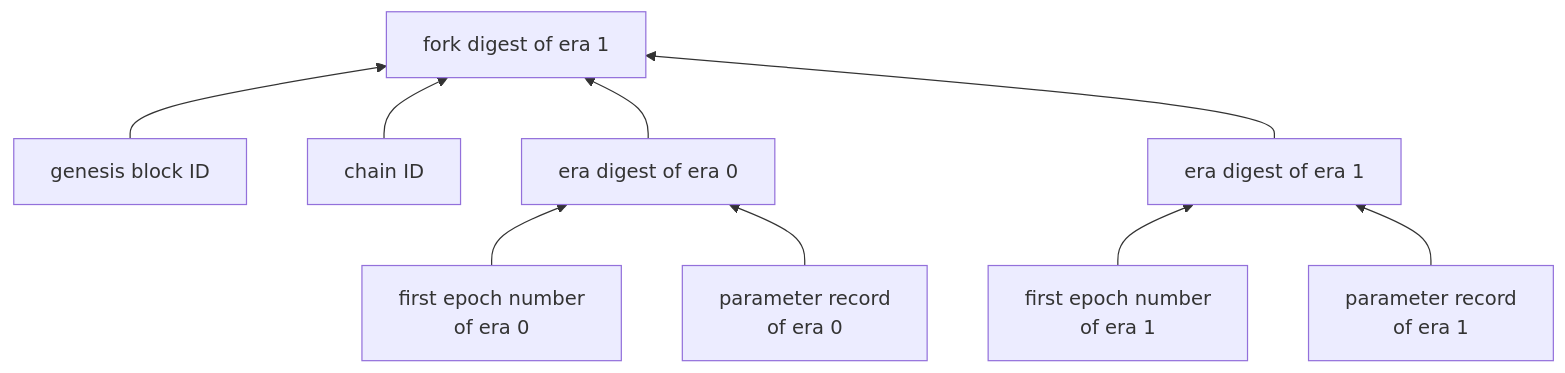
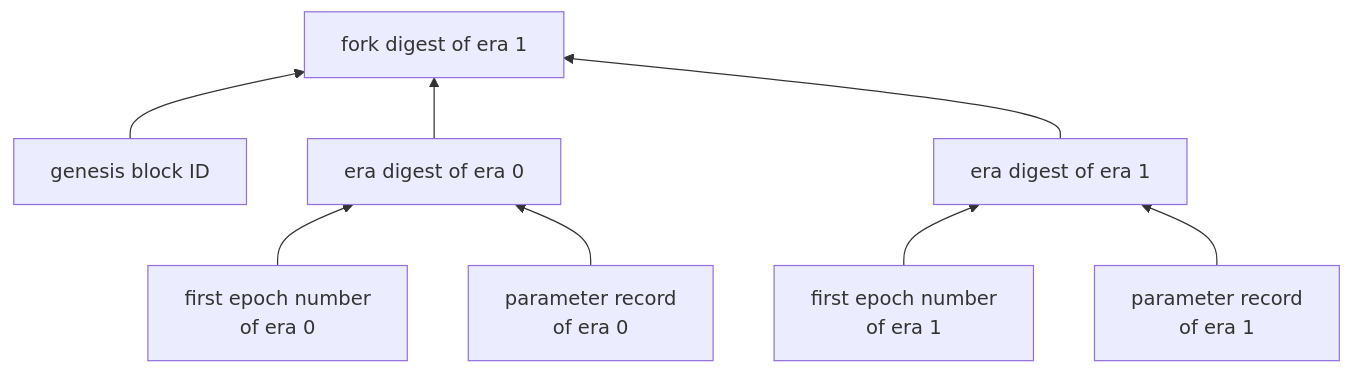
The fifth of 7 diagrams in docs/blockchain/raw/bedrock-eras.md (logos-co/logos-lips), drawn with Mermaid before and after one commit. The commit also changed other lines of this file and 2 other files, not shown here.

First line of the commit message:
docs(blockchain): drop the chain ID from the fork digest and scope discovery by the genesis block

````diff
--- a/docs/blockchain/raw/bedrock-eras.md
+++ b/docs/blockchain/raw/bedrock-eras.md
@@ -188,16 +188,15 @@
 ```mermaid
 ---
 config:
   flowchart:
     wrappingWidth: 260
 ---
 flowchart BT
     g["genesis block ID"] --> f["fork digest of era 1"]
-    c["chain ID"] --> f
     d0["era digest of era 0"] --> f
     d1["era digest of era 1"] --> f
     e0["first epoch number<br/>of era 0"] --> d0
     p0["parameter record<br/>of era 0"] --> d0
     e1["first epoch number<br/>of era 1"] --> d1
     p1["parameter record<br/>of era 1"] --> d1
 ```
````
